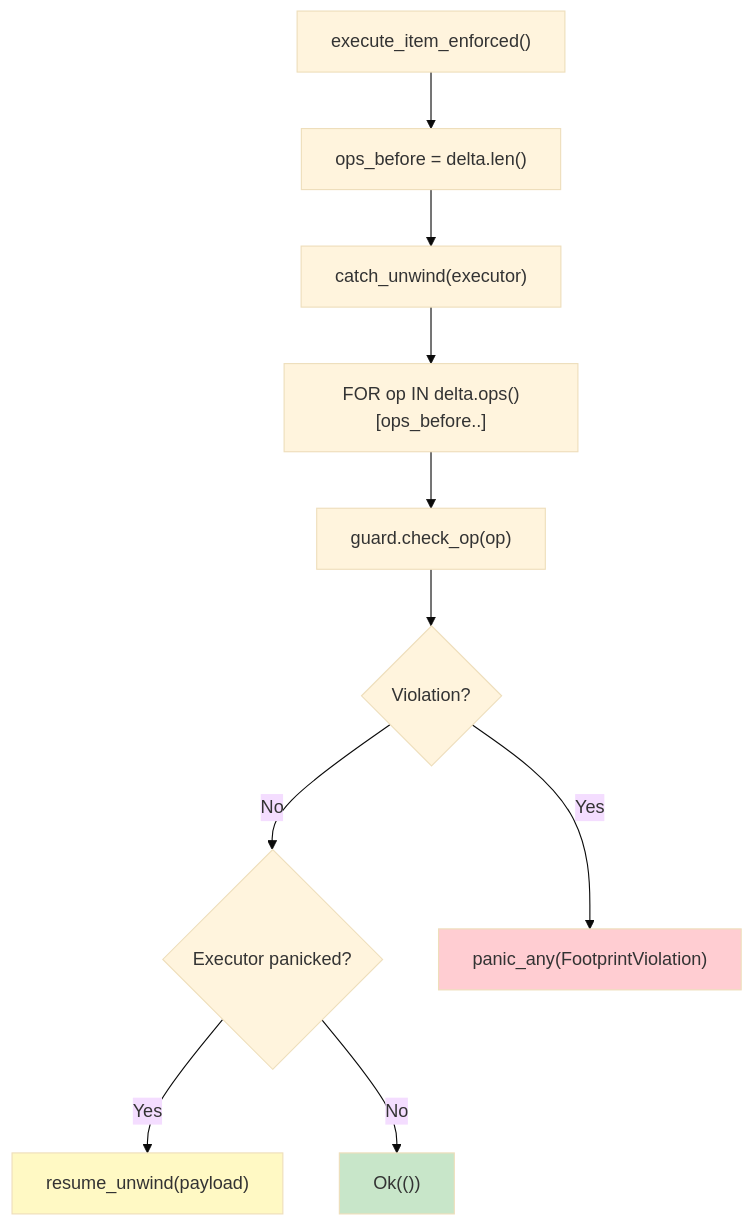
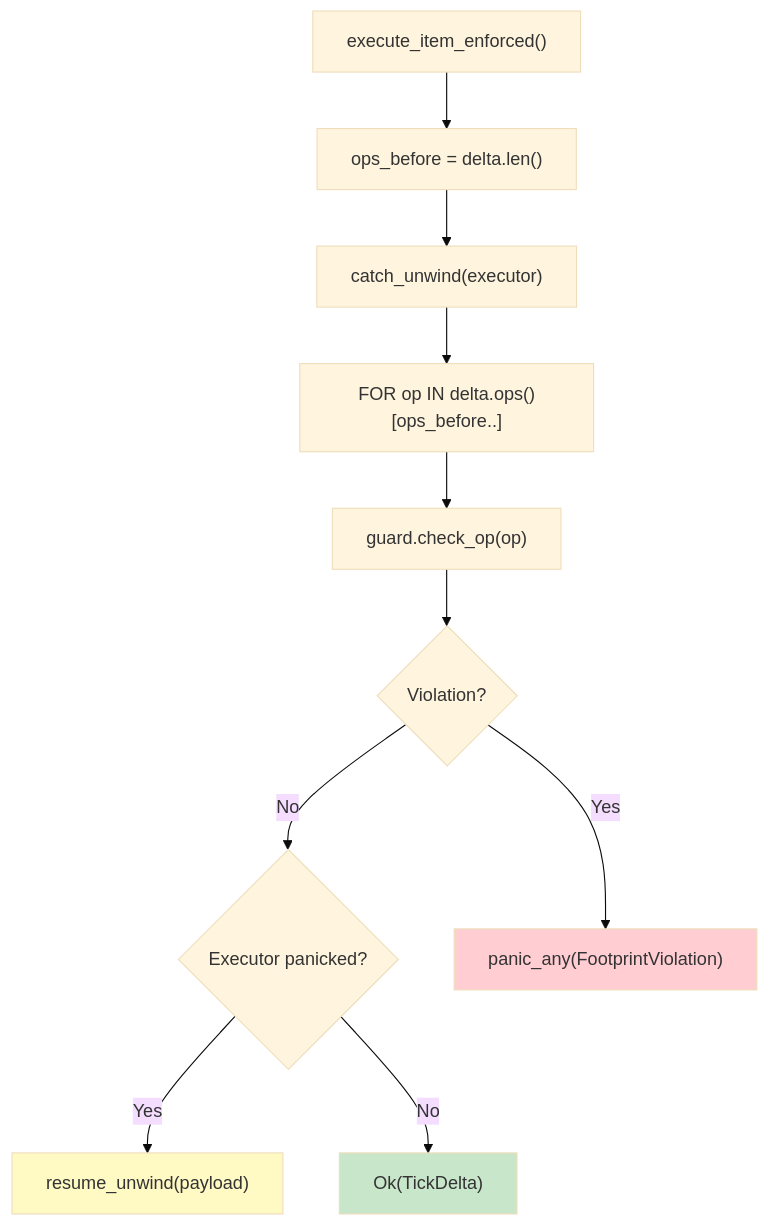
Before and after one commit to flyingrobots/echo: the ninth of 11 diagrams in docs/study/echo-visual-atlas.md, drawn with Mermaid (base theme). The commit also changed 14 other files, not shown here.

````diff
--- a/docs/study/echo-visual-atlas.md
+++ b/docs/study/echo-visual-atlas.md
@@ -476,23 +476,23 @@
 ```mermaid
 flowchart TD
     EXEC["execute_item_enforced()"]
     SNAP["ops_before = delta.len()"]
     CATCH["catch_unwind(executor)"]
     SCAN["FOR op IN delta.ops()[ops_before..]"]
     CHECK["guard.check_op(op)"]
     VIOL{"Violation?"}
     PANIC{"Executor panicked?"}
     ERR["panic_any(FootprintViolation)"]
     RESUME["resume_unwind(payload)"]
-    OK["Ok(())"]
+    OK["Ok(TickDelta)"]
 
     EXEC --> SNAP --> CATCH --> SCAN --> CHECK --> VIOL
     VIOL -->|Yes| ERR
     VIOL -->|No| PANIC
     PANIC -->|Yes| RESUME
     PANIC -->|No| OK
 
     style ERR fill:#ffcdd2
     style RESUME fill:#fff9c4
     style OK fill:#c8e6c9
 ```
````
